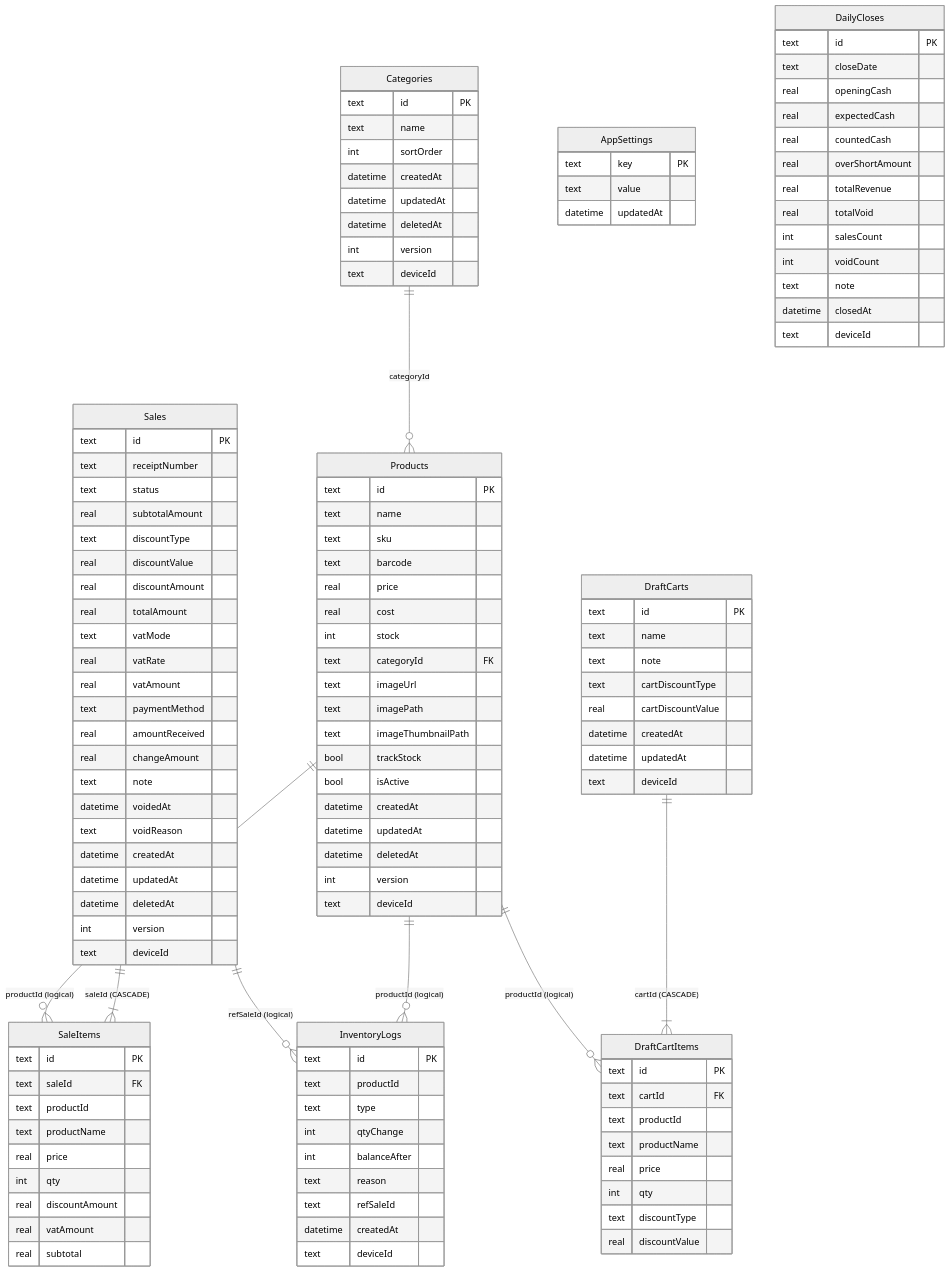
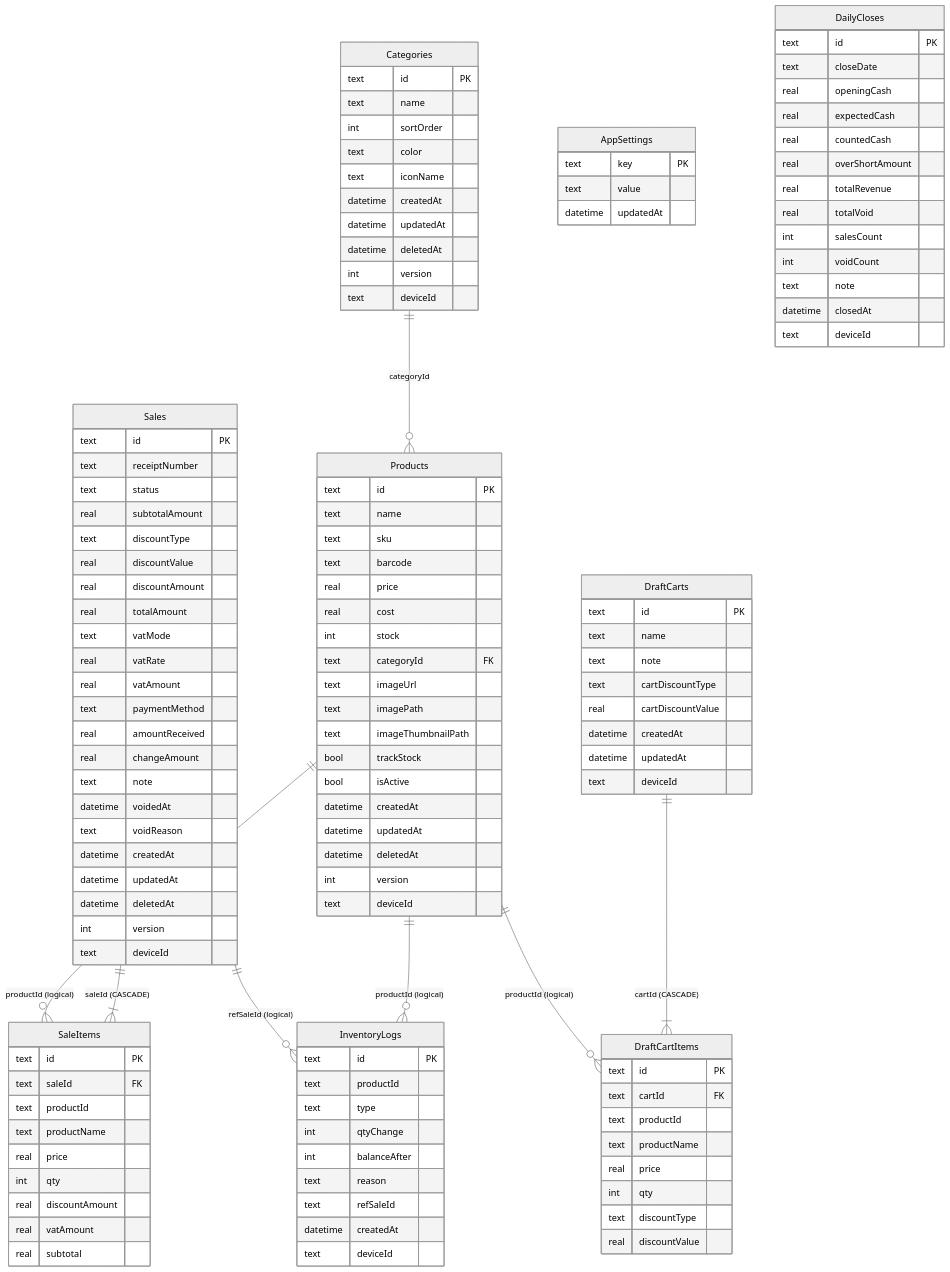
One commit to MN-Lizard-Team/promsell-pos-ce changed the diagram in docs/DATABASE.md. Above: the diagram before and after it, drawn with Mermaid (neutral theme). The commit also changed other lines of this file and 130 other files, not shown here.

```diff
--- a/docs/DATABASE.md
+++ b/docs/DATABASE.md
@@ -45,6 +45,8 @@
         text id PK
         text name
         int sortOrder
+        text color
+        text iconName
         datetime createdAt
         datetime updatedAt
         datetime deletedAt
```
